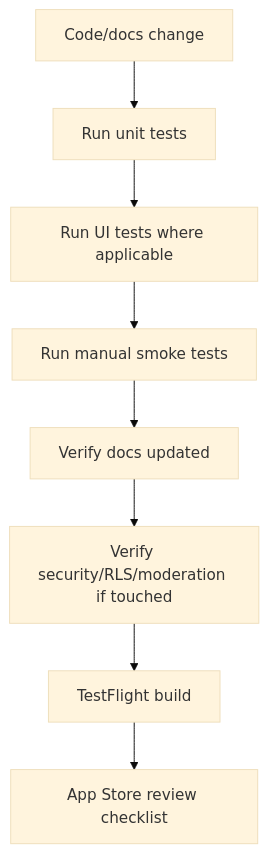
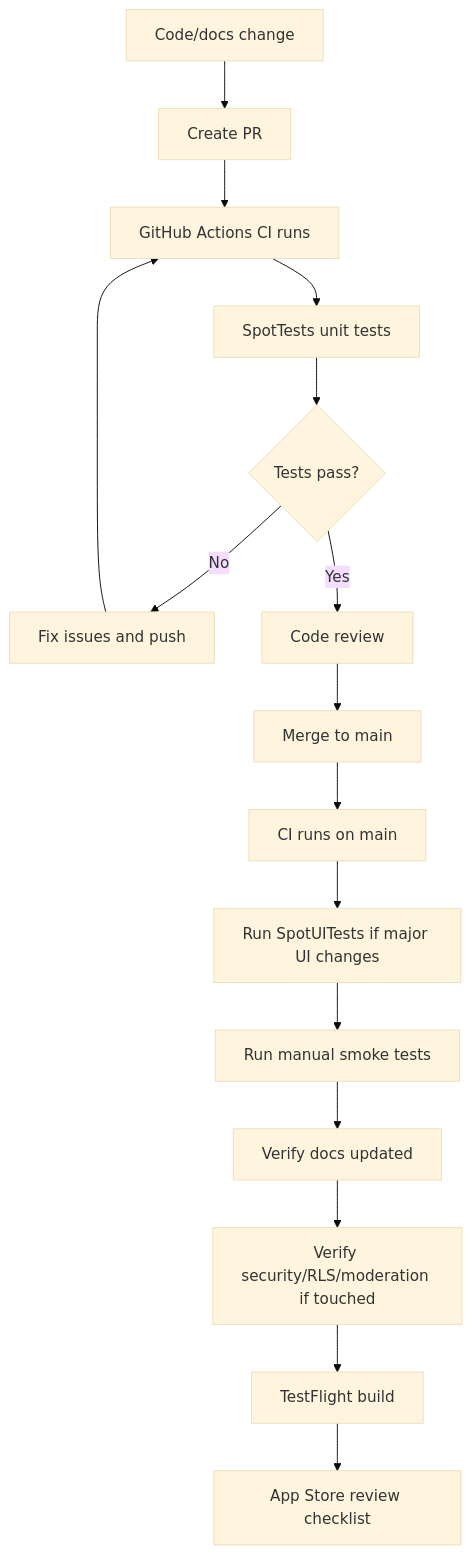
The diagram in docs/diagrams/testing-release-flow.md (Ewynman/spot-ios-app), drawn with Mermaid (base theme) before and after one commit. The commit also changed other lines of this file and 5 other files, not shown here.

First line of the commit message:
Prevent Xcode Cloud builds and document GitHub Actions CI/CD

````diff
--- a/docs/diagrams/testing-release-flow.md
+++ b/docs/diagrams/testing-release-flow.md
@@ -17,10 +17,18 @@
 ```mermaid
 flowchart TD
-  A[Code/docs change] --> B[Run unit tests]
-  B --> C[Run UI tests where applicable]
-  C --> D[Run manual smoke tests]
-  D --> E[Verify docs updated]
-  E --> F[Verify security/RLS/moderation if touched]
-  F --> G[TestFlight build]
-  G --> H[App Store review checklist]
+  A[Code/docs change] --> B[Create PR]
+  B --> C[GitHub Actions CI runs]
+  C --> D[SpotTests unit tests]
+  D --> E{Tests pass?}
+  E -->|No| F[Fix issues and push]
+  F --> C
+  E -->|Yes| G[Code review]
+  G --> H[Merge to main]
+  H --> I[CI runs on main]
+  I --> J[Run SpotUITests if major UI changes]
+  J --> K[Run manual smoke tests]
+  K --> L[Verify docs updated]
+  L --> M[Verify security/RLS/moderation if touched]
+  M --> N[TestFlight build]
+  N --> O[App Store review checklist]
 ```
````
